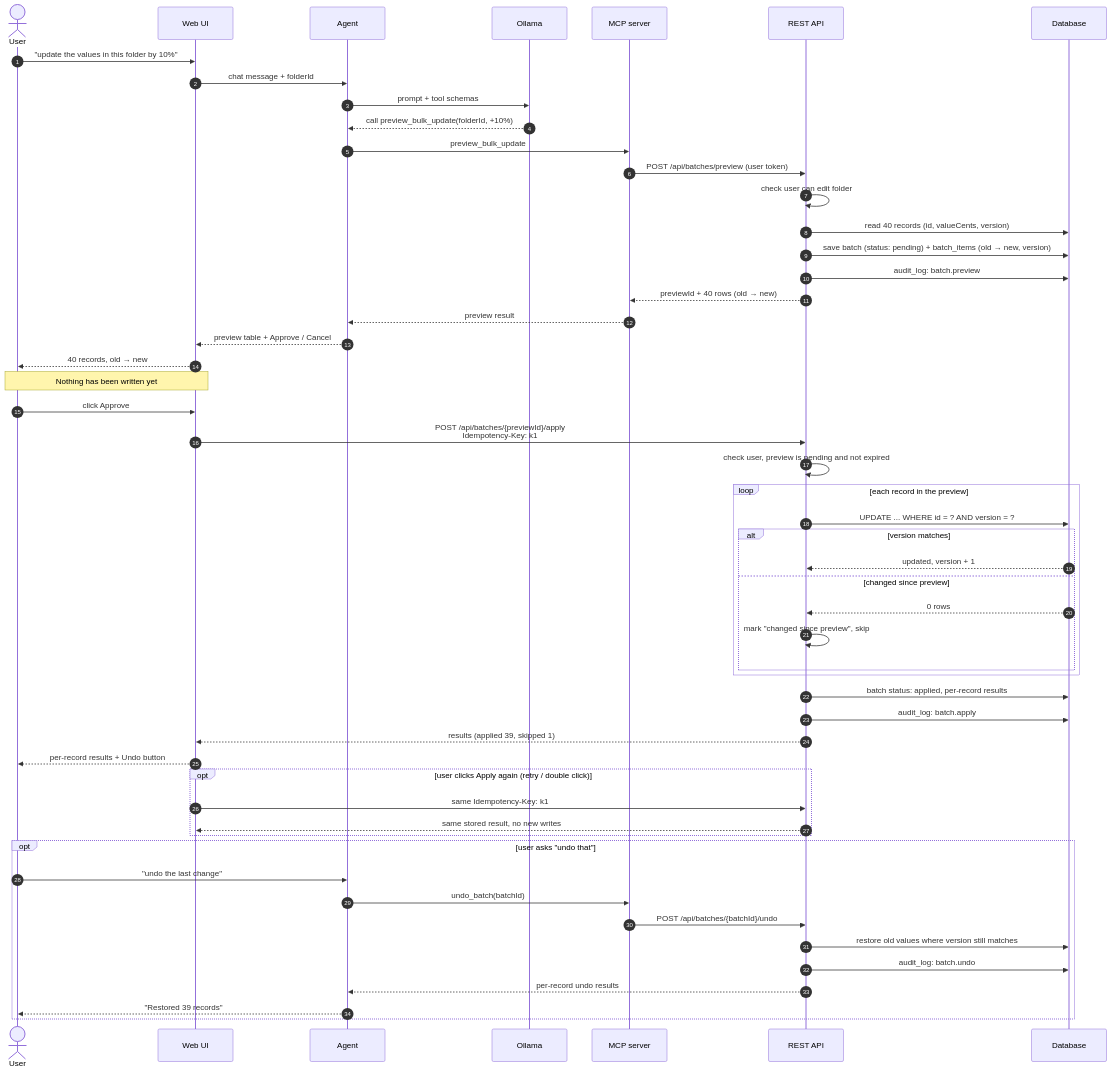
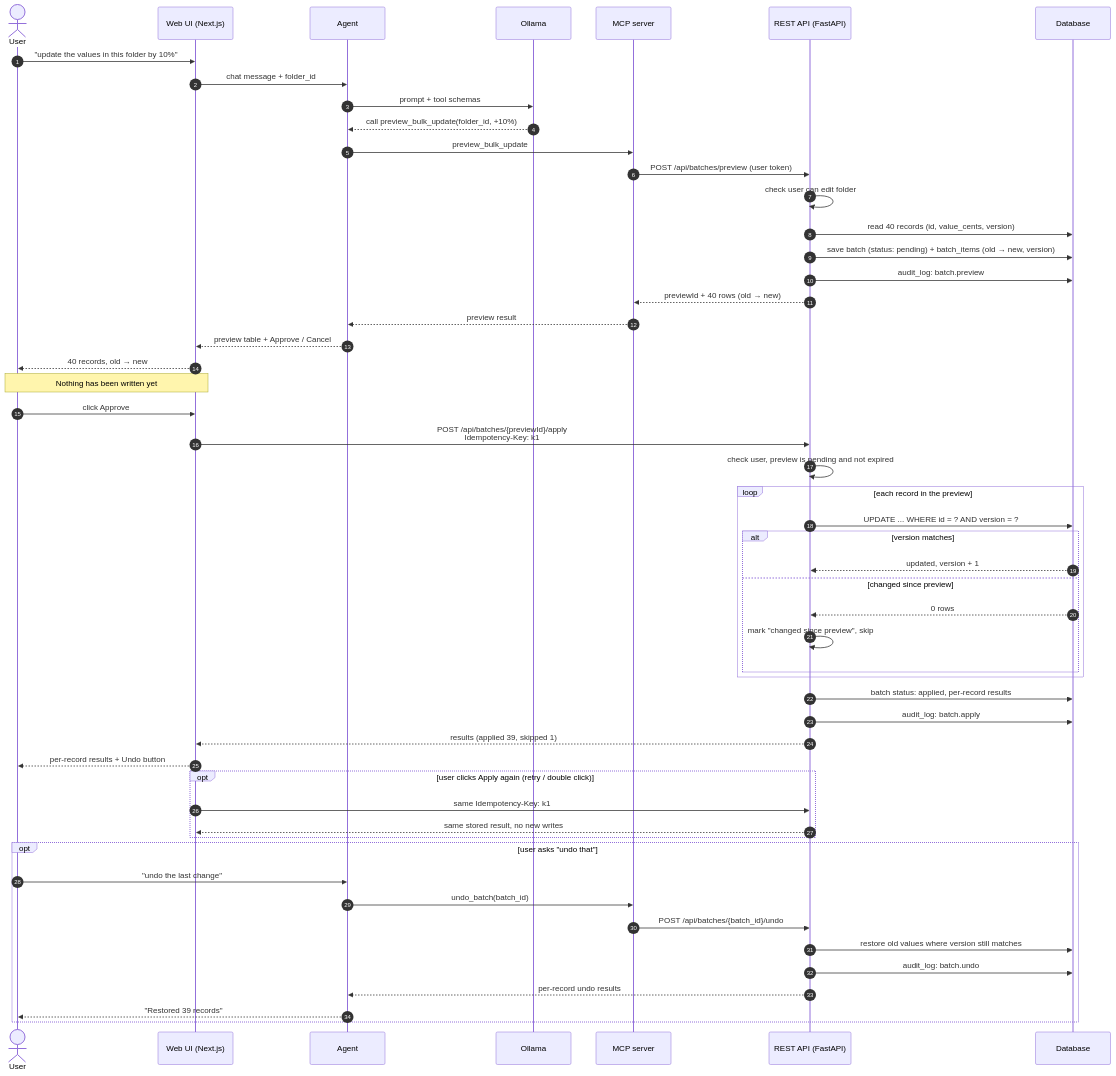
Before and after one commit to lovelyrontech-wq/ledgerly: the second of 4 diagrams in docs/architecture/ARCHITECTURE.md, drawn with Mermaid. The commit also changed other lines of this file and 71 other files, not shown here.

First line of the commit message:
Move backend to Python (FastAPI, SQLAlchemy, Alembic)

````diff
--- a/docs/architecture/ARCHITECTURE.md
+++ b/docs/architecture/ARCHITECTURE.md
@@ -67,60 +69,60 @@
 ```mermaid
 sequenceDiagram
     autonumber
     actor U as User
-    participant UI as Web UI
+    participant UI as Web UI (Next.js)
     participant AG as Agent
     participant LLM as Ollama
     participant MCP as MCP server
-    participant API as REST API
+    participant API as REST API (FastAPI)
     participant DB as Database
 
     U->>UI: "update the values in this folder by 10%"
-    UI->>AG: chat message + folderId
+    UI->>AG: chat message + folder_id
     AG->>LLM: prompt + tool schemas
-    LLM-->>AG: call preview_bulk_update(folderId, +10%)
+    LLM-->>AG: call preview_bulk_update(folder_id, +10%)
     AG->>MCP: preview_bulk_update
     MCP->>API: POST /api/batches/preview (user token)
     API->>API: check user can edit folder
-    API->>DB: read 40 records (id, valueCents, version)
+    API->>DB: read 40 records (id, value_cents, version)
     API->>DB: save batch (status: pending) + batch_items (old → new, version)
     API->>DB: audit_log: batch.preview
     API-->>MCP: previewId + 40 rows (old → new)
     MCP-->>AG: preview result
     AG-->>UI: preview table + Approve / Cancel
     UI-->>U: 40 records, old → new
 
     Note over U,UI: Nothing has been written yet
 
     U->>UI: click Approve
     UI->>API: POST /api/batches/{previewId}/apply<br/>Idempotency-Key: k1
     API->>API: check user, preview is pending and not expired
     loop each record in the preview
         API->>DB: UPDATE ... WHERE id = ? AND version = ?
         alt version matches
             DB-->>API: updated, version + 1
         else changed since preview
             DB-->>API: 0 rows
             API->>API: mark "changed since preview", skip
         end
     end
     API->>DB: batch status: applied, per-record results
     API->>DB: audit_log: batch.apply
     API-->>UI: results (applied 39, skipped 1)
     UI-->>U: per-record results + Undo button
 
     opt user clicks Apply again (retry / double click)
         UI->>API: same Idempotency-Key: k1
         API-->>UI: same stored result, no new writes
     end
 
     opt user asks "undo that"
         U->>AG: "undo the last change"
-        AG->>MCP: undo_batch(batchId)
-        MCP->>API: POST /api/batches/{batchId}/undo
+        AG->>MCP: undo_batch(batch_id)
+        MCP->>API: POST /api/batches/{batch_id}/undo
         API->>DB: restore old values where version still matches
         API->>DB: audit_log: batch.undo
         API-->>AG: per-record undo results
         AG-->>U: "Restored 39 records"
     end
 ```
````
